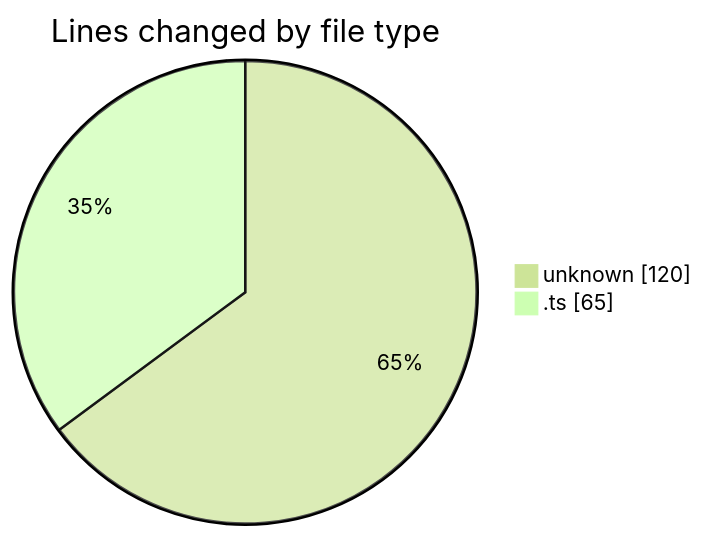
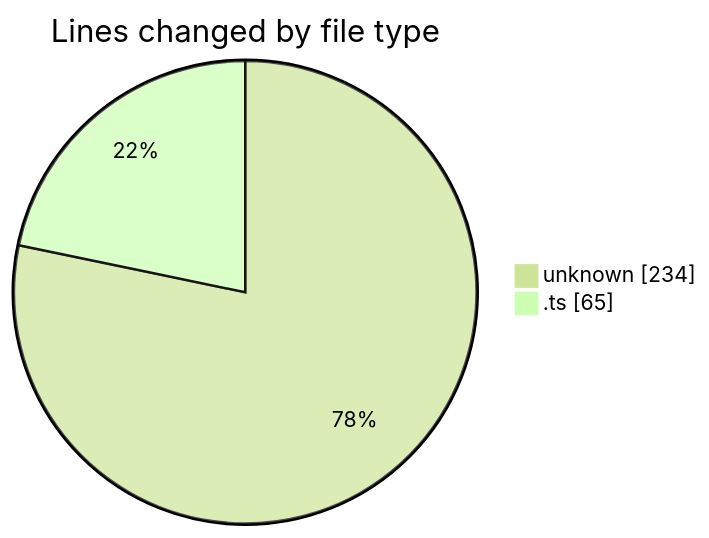
One commit to Elitesun/code-tracking changed the first of 2 diagrams in 2025-05-17/niten/README.md. Above: the diagram before and after it, drawn with Mermaid (forest theme). The commit also changed other lines of this file and 1 other file, not shown here.

````diff
--- a/2025-05-17/niten/README.md
+++ b/2025-05-17/niten/README.md
@@ -22,6 +22,6 @@
 ```mermaid
 pie showData
 title Lines changed by file type
-"unknown" : 120
+"unknown" : 234
 ".ts" : 65
 ```
````
